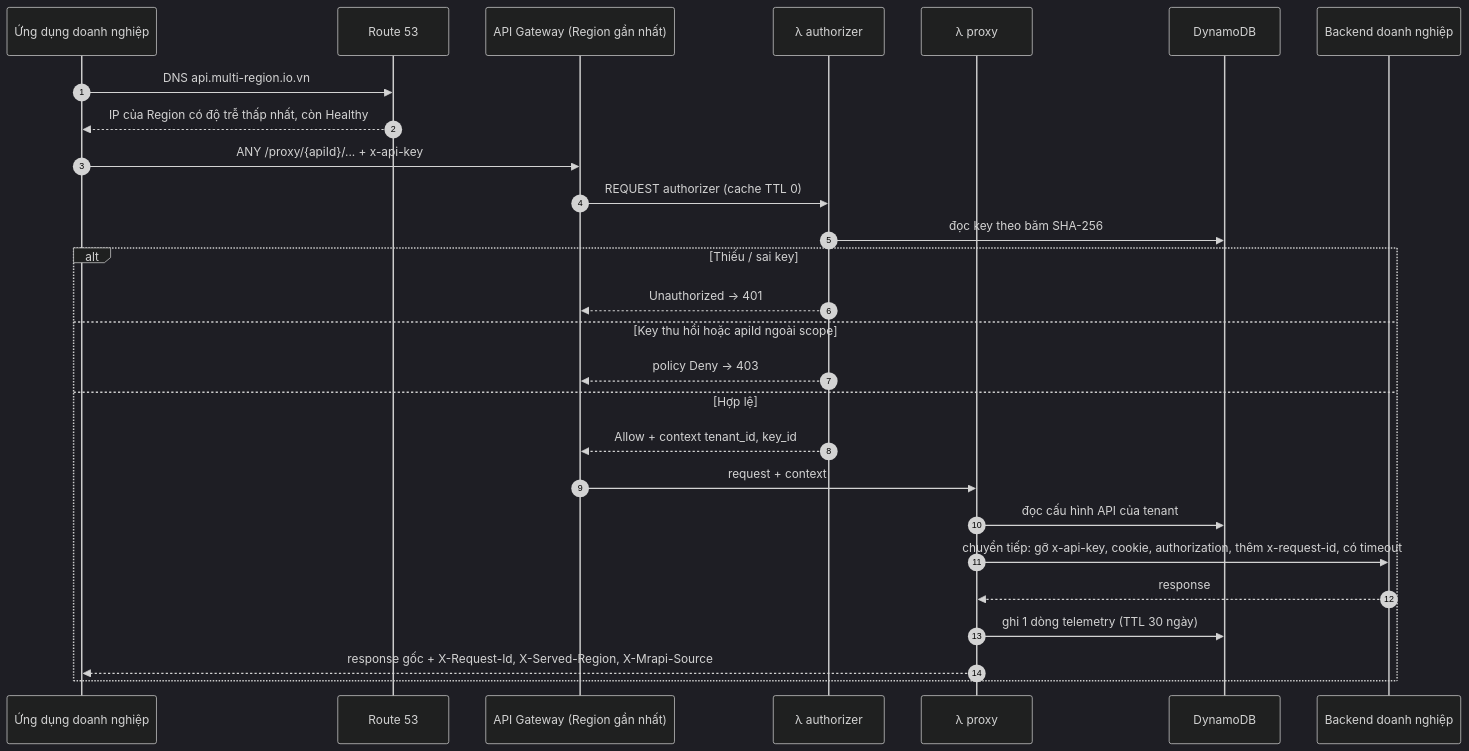
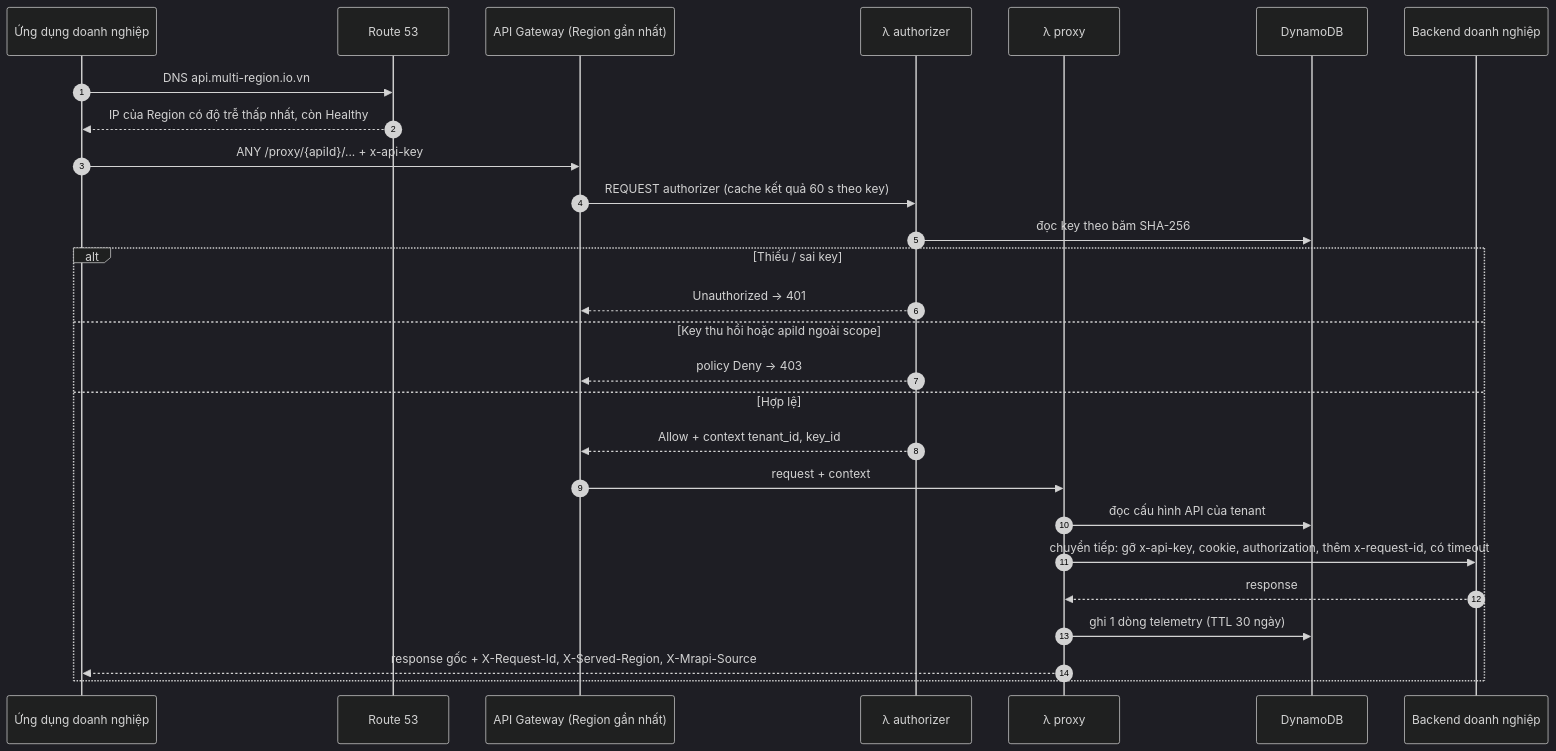
One commit to xuantung159/muilti_region changed the second of 3 diagrams in README.md. Above: the diagram before and after it, drawn with Mermaid (dark theme). The commit also changed other lines of this file, not shown here.

````diff
--- a/README.md
+++ b/README.md
@@ -190,30 +193,30 @@
 ```mermaid
 sequenceDiagram
     autonumber
     participant App as Ứng dụng doanh nghiệp
     participant R53 as Route 53
     participant APIGW as API Gateway (Region gần nhất)
     participant Auth as λ authorizer
     participant Proxy as λ proxy
     participant DDB as DynamoDB
     participant BE as Backend doanh nghiệp
 
     App->>R53: DNS api.multi-region.io.vn
     R53-->>App: IP của Region có độ trễ thấp nhất, còn Healthy
     App->>APIGW: ANY /proxy/{apiId}/... + x-api-key
-    APIGW->>Auth: REQUEST authorizer (cache TTL 0)
+    APIGW->>Auth: REQUEST authorizer (cache kết quả 60 s theo key)
     Auth->>DDB: đọc key theo băm SHA-256
     alt Thiếu / sai key
         Auth-->>APIGW: Unauthorized → 401
     else Key thu hồi hoặc apiId ngoài scope
         Auth-->>APIGW: policy Deny → 403
     else Hợp lệ
         Auth-->>APIGW: Allow + context tenant_id, key_id
         APIGW->>Proxy: request + context
         Proxy->>DDB: đọc cấu hình API của tenant
         Proxy->>BE: chuyển tiếp: gỡ x-api-key, cookie, authorization, thêm x-request-id, có timeout
         BE-->>Proxy: response
         Proxy->>DDB: ghi 1 dòng telemetry (TTL 30 ngày)
         Proxy-->>App: response gốc + X-Request-Id, X-Served-Region, X-Mrapi-Source
     end
 ```
````
